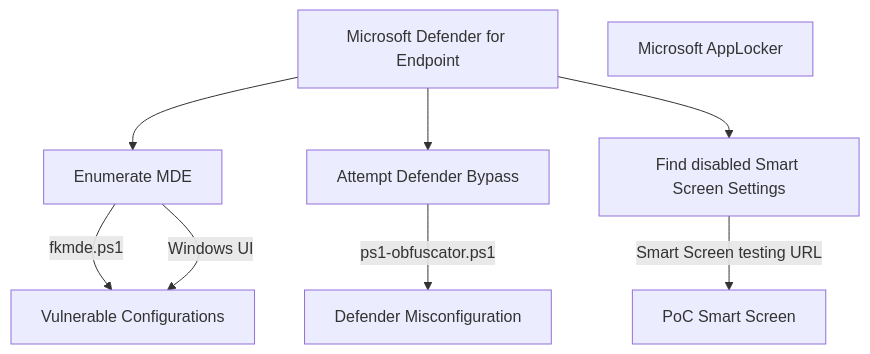
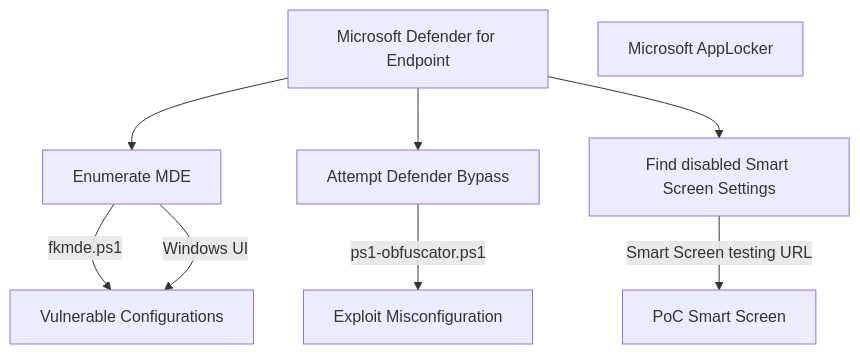
Before and after one commit to fkxdr/fkxdr-mindmaps: the diagram in README.md, drawn with Mermaid.

````diff
--- a/README.md
+++ b/README.md
@@ -7,15 +7,15 @@
 ```mermaid
 flowchart TD
     MDE[ Microsoft Defender for Endpoint ]
     MDE --> MDEENUM[ Enumerate MDE ]
     MDEENUM --> | fkmde.ps1 | MDEVULN[ Vulnerable Configurations ]
     MDEENUM --> |  Windows UI | MDEVULN[ Vulnerable Configurations ]
     MDE --> MDEBYPASS[ Attempt Defender Bypass ]
     
-    MDEBYPASS --> | ps1-obfuscator.ps1 | MDEBYPASS2[ Defender Misconfiguration]
+    MDEBYPASS --> | ps1-obfuscator.ps1 | MDEBYPASS2[ Exploit Misconfiguration]
 
     MDE --> MDESSCR[ Find disabled Smart Screen Settings ]
     MDESSCR --> | Smart Screen testing URL | MDESSCR2[ PoC Smart Screen ]
 
     APP[ Microsoft AppLocker ]
 ```
````
